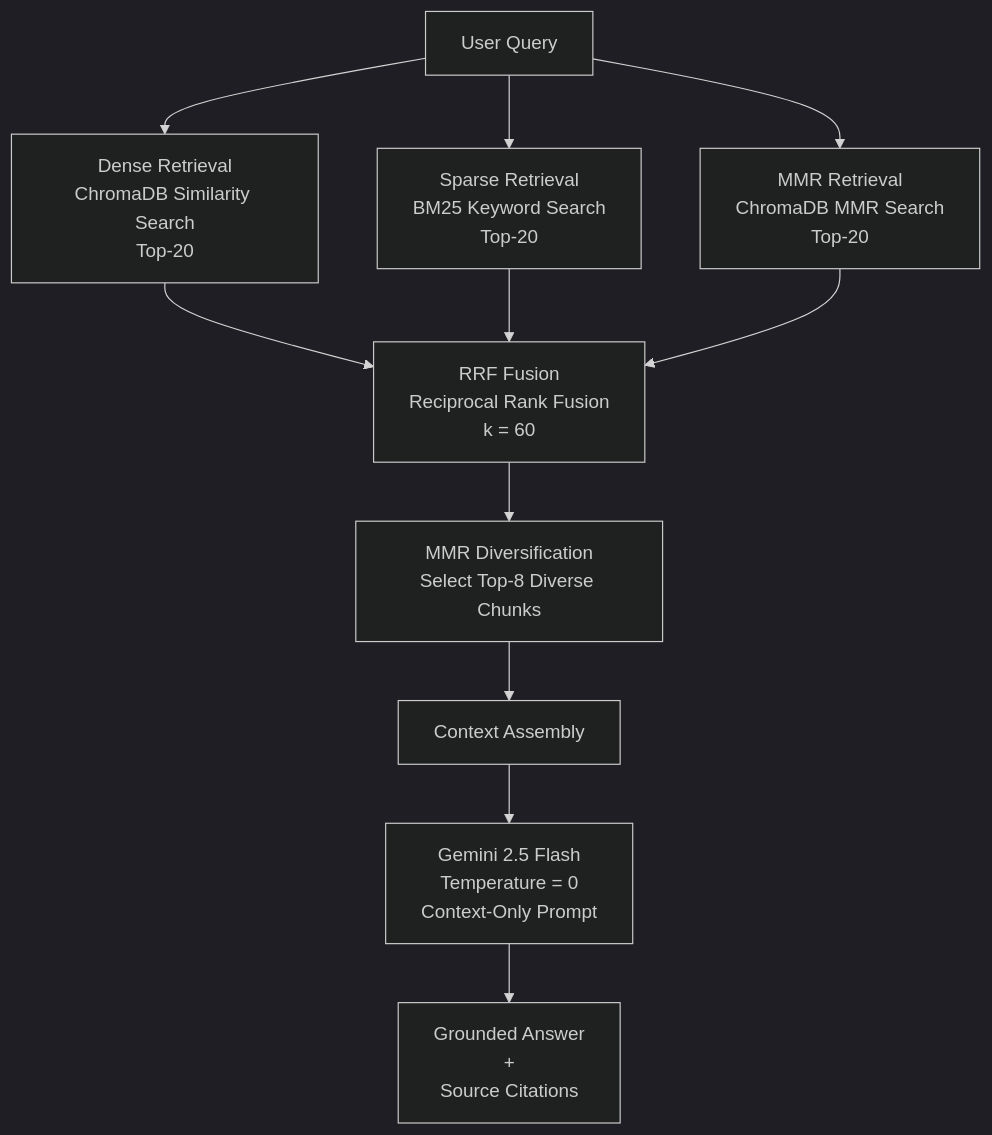
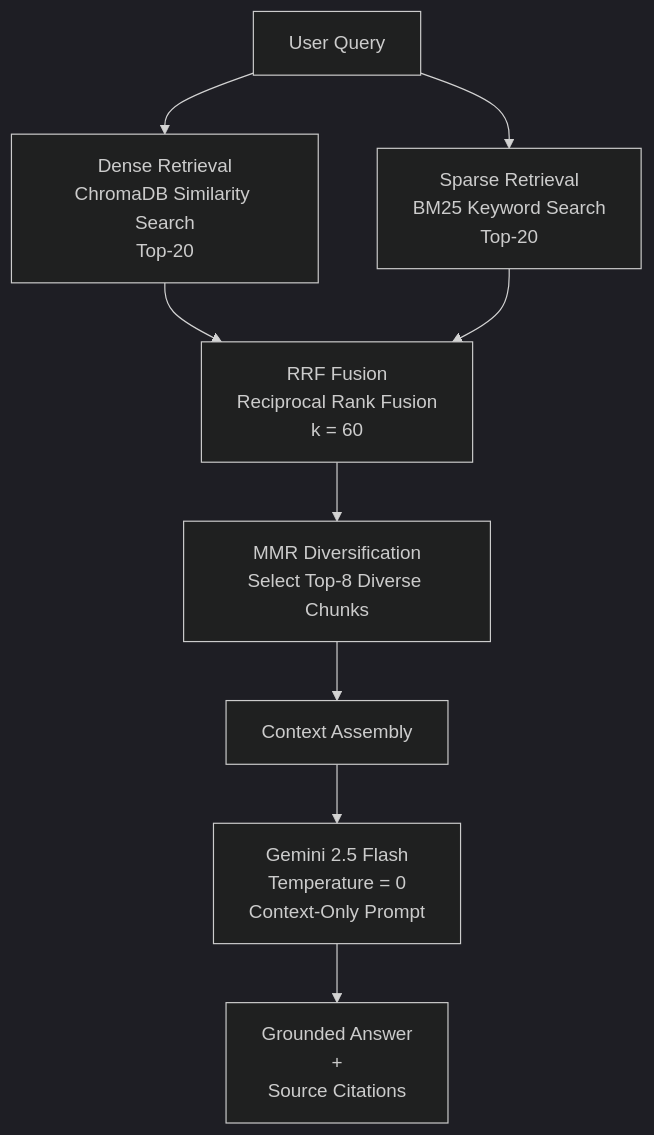
The first of 2 diagrams in README.md (arehh04/ml-assessment), drawn with Mermaid (dark theme) before and after one commit.

Commit message:
Remove MMR Retrieval from README
Removed MMR Retrieval from the retrieval methods and its connections.

````diff
--- a/README.md
+++ b/README.md
@@ -9,34 +9,30 @@
 ```mermaid
 flowchart TD
 
     Q[User Query]
 
     D[Dense Retrieval<br/>ChromaDB Similarity Search<br/>Top-20]
 
     S[Sparse Retrieval<br/>BM25 Keyword Search<br/>Top-20]
-
-    M[MMR Retrieval<br/>ChromaDB MMR Search<br/>Top-20]
 
     R[RRF Fusion<br/>Reciprocal Rank Fusion<br/>k = 60]
 
     F[MMR Diversification<br/>Select Top-8 Diverse Chunks]
 
     C[Context Assembly]
 
     L[Gemini 2.5 Flash<br/>Temperature = 0<br/>Context-Only Prompt]
 
     A[Grounded Answer<br/>+<br/>Source Citations]
 
     Q --> D
     Q --> S
-    Q --> M
 
     D --> R
     S --> R
-    M --> R
 
     R --> F
     F --> C
     C --> L
     L --> A
 ```
````
